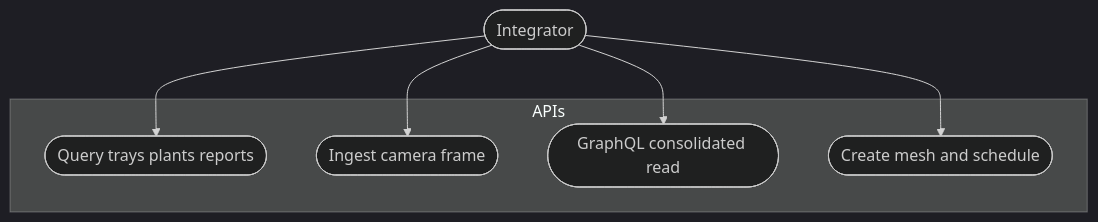
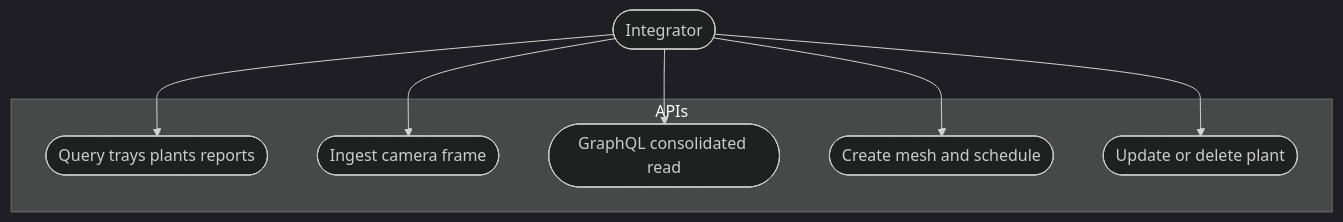
The third of 3 diagrams in docs/diagrams/04-use-cases.md (Agri-Home/agrihome), drawn with Mermaid (dark theme) before and after one commit. The commit also changed other lines of this file and 33 other files, not shown here.

````diff
--- a/docs/diagrams/04-use-cases.md
+++ b/docs/diagrams/04-use-cases.md
@@ -64,16 +67,18 @@
 ```mermaid
 flowchart TB
   Integrator([Integrator])
 
   subgraph APIs [APIs]
     Q1([Query trays plants reports])
     Q2([Ingest camera frame])
     Q3([GraphQL consolidated read])
     Q4([Create mesh and schedule])
+    Q5([Update or delete plant])
   end
 
   Integrator --> Q1
   Integrator --> Q2
   Integrator --> Q3
   Integrator --> Q4
+  Integrator --> Q5
 ```
````
